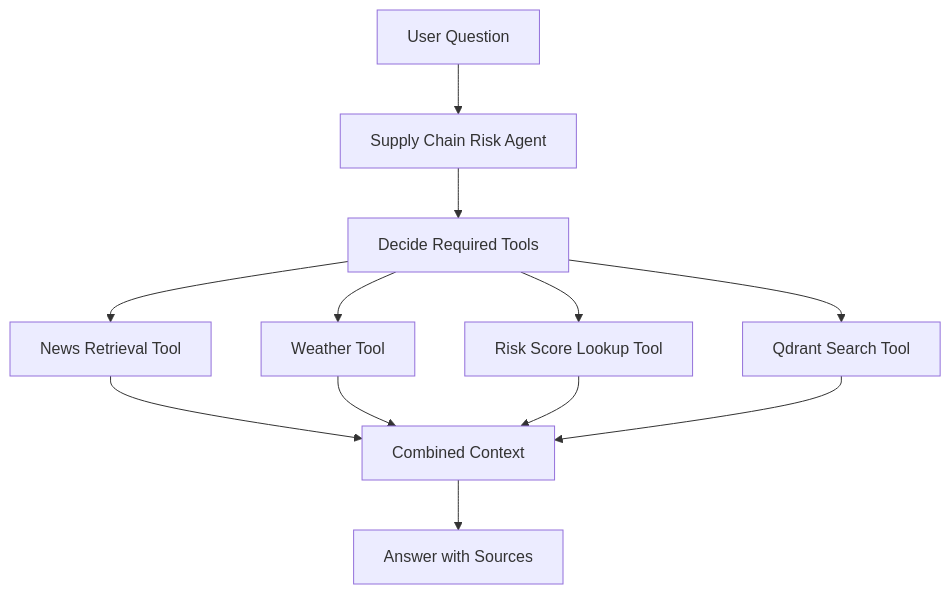
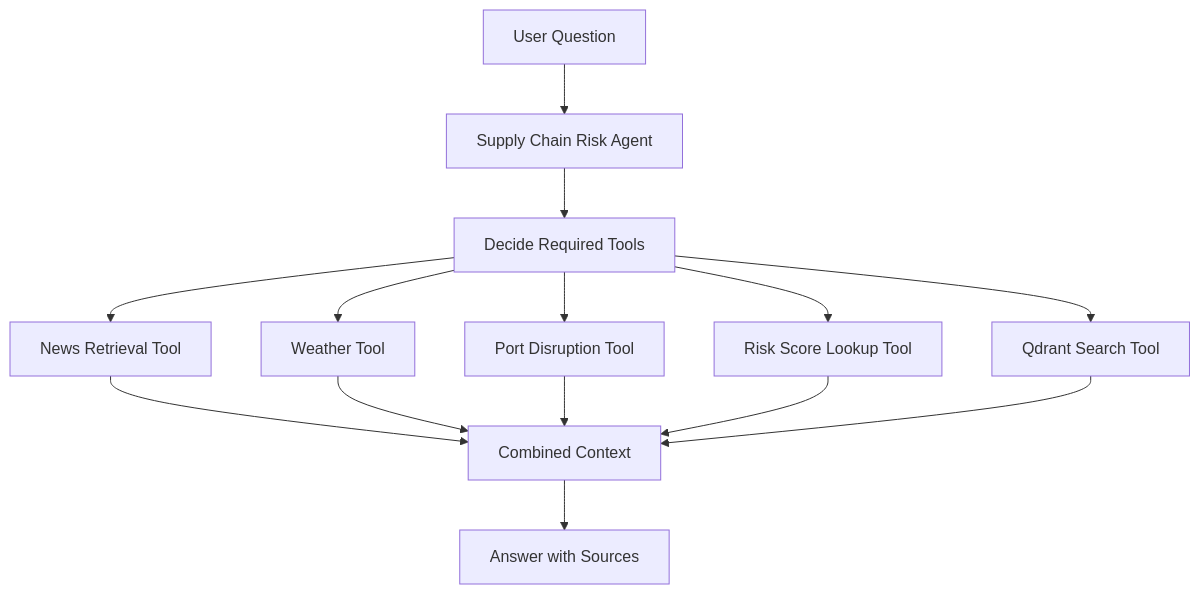
Before and after one commit to shima-maleki/SupplyChainOracle: the fourth of 9 diagrams in docs/architecture.md, drawn with Mermaid. The commit also changed other lines of this file and 2 other files, not shown here.

Commit message:
adding updated PRD and architecture

````diff
--- a/docs/architecture.md
+++ b/docs/architecture.md
@@ -212,24 +220,27 @@
 ```mermaid
 flowchart TD
     Question[User Question]
     Agent[Supply Chain Risk Agent]
     Decide[Decide Required Tools]
     NewsTool[News Retrieval Tool]
     WeatherTool[Weather Tool]
+    PortTool[Port Disruption Tool]
     RiskTool[Risk Score Lookup Tool]
     QdrantTool[Qdrant Search Tool]
     Context[Combined Context]
     Answer[Answer with Sources]
 
     Question --> Agent
     Agent --> Decide
     Decide --> NewsTool
     Decide --> WeatherTool
+    Decide --> PortTool
     Decide --> RiskTool
     Decide --> QdrantTool
     NewsTool --> Context
     WeatherTool --> Context
+    PortTool --> Context
     RiskTool --> Context
     QdrantTool --> Context
     Context --> Answer
 ```
````
